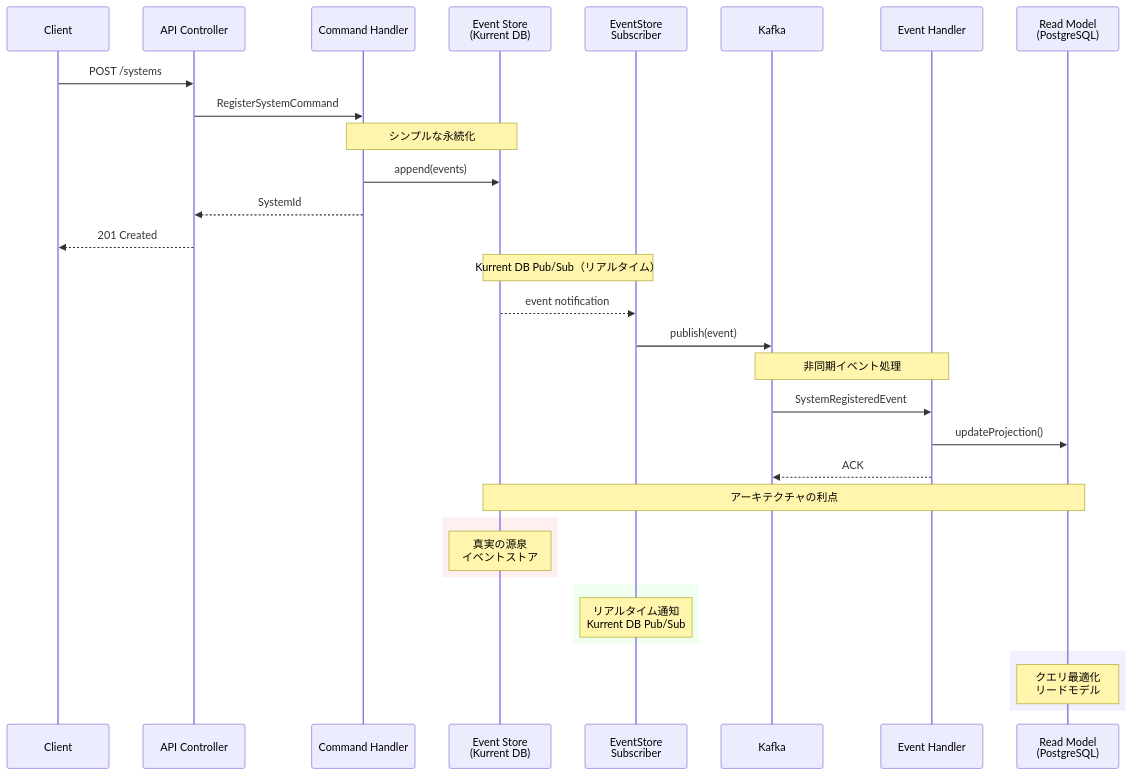
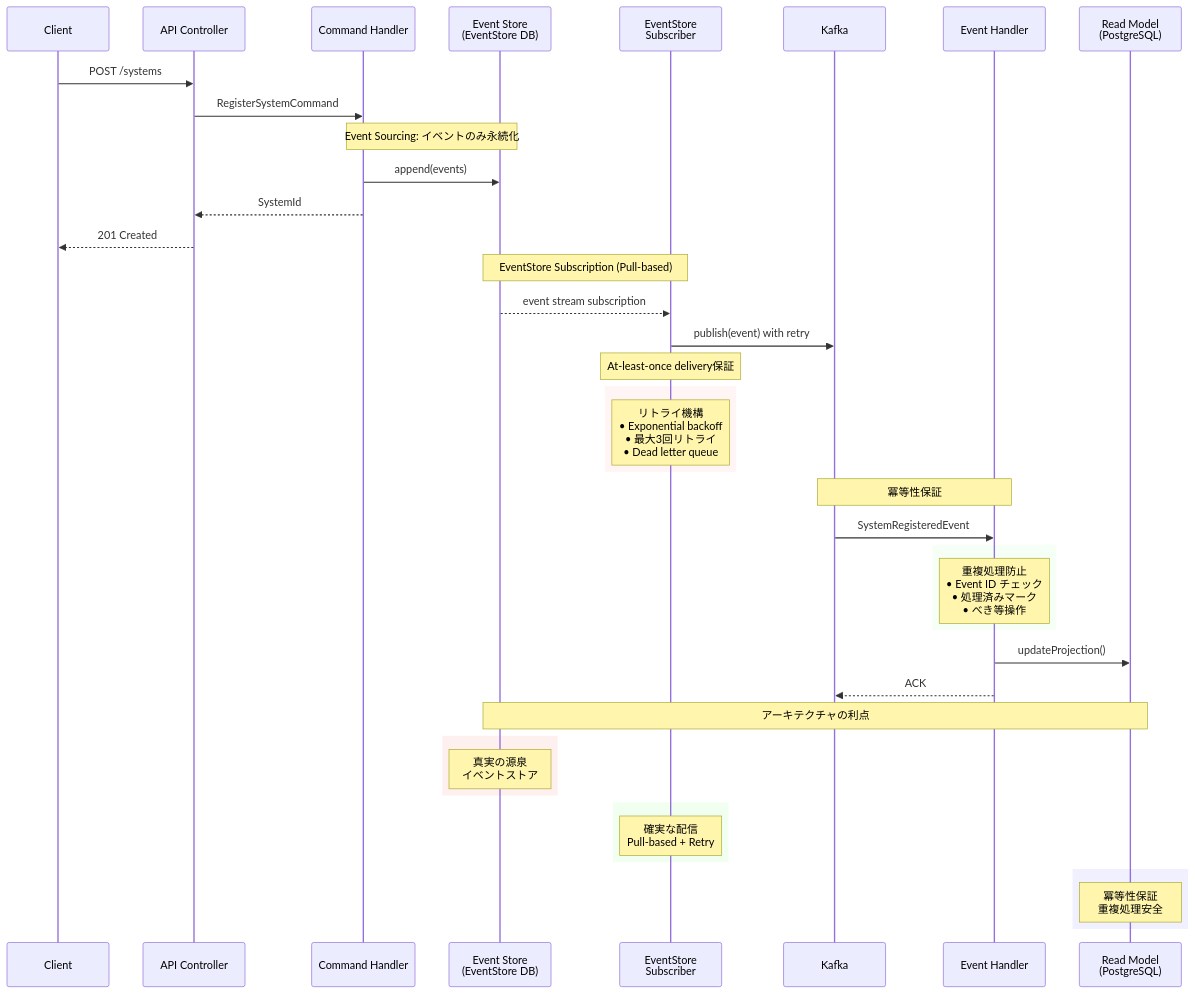
The third of 3 diagrams in docs/spec/system-management/US-SM-001.md (masakazu1967/system-board), drawn with Mermaid before and after one commit. The commit also changed other lines of this file, not shown here.

````diff
--- a/docs/spec/system-management/US-SM-001.md
+++ b/docs/spec/system-management/US-SM-001.md
@@ -469,39 +788,47 @@
 ```mermaid
 sequenceDiagram
     participant Client
     participant API as API Controller
     participant CH as Command Handler
-    participant ES as Event Store<br/>(Kurrent DB)
+    participant ES as Event Store<br/>(EventStore DB)
     participant Sub as EventStore<br/>Subscriber
     participant Kafka
     participant EH as Event Handler
     participant RM as Read Model<br/>(PostgreSQL)
 
     Client->>API: POST /systems
     API->>CH: RegisterSystemCommand
 
-    Note over CH,ES: シンプルな永続化
+    Note over CH,ES: Event Sourcing: イベントのみ永続化
     CH->>ES: append(events)
     CH-->>API: SystemId
     API-->>Client: 201 Created
 
-    Note over ES,Sub: Kurrent DB Pub/Sub（リアルタイム）
-    ES-->>Sub: event notification
-    Sub->>Kafka: publish(event)
+    Note over ES,Sub: EventStore Subscription (Pull-based)
+    ES-->>Sub: event stream subscription
+    Sub->>Kafka: publish(event) with retry
 
-    Note over Kafka,EH: 非同期イベント処理
+    Note over Sub: At-least-once delivery保証
+    rect rgb(255, 245, 245)
+        Note over Sub: リトライ機構<br/>• Exponential backoff<br/>• 最大3回リトライ<br/>• Dead letter queue
+    end
+
+    Note over Kafka,EH: 冪等性保証
     Kafka->>EH: SystemRegisteredEvent
+    rect rgb(245, 255, 245)
+        Note over EH: 重複処理防止<br/>• Event ID チェック<br/>• 処理済みマーク<br/>• べき等操作
+    end
     EH->>RM: updateProjection()
     EH-->>Kafka: ACK
 
     Note over ES,RM: アーキテクチャの利点
     rect rgb(255, 240, 240)
         Note over ES: 真実の源泉<br/>イベントストア
     end
     rect rgb(240, 255, 240)
-        Note over Sub: リアルタイム通知<br/>Kurrent DB Pub/Sub
+        Note over Sub: 確実な配信<br/>Pull-based + Retry
     end
     rect rgb(240, 240, 255)
-        Note over RM: クエリ最適化<br/>リードモデル
+        Note over RM: 冪等性保証<br/>重複処理安全
     end
 ```
````
